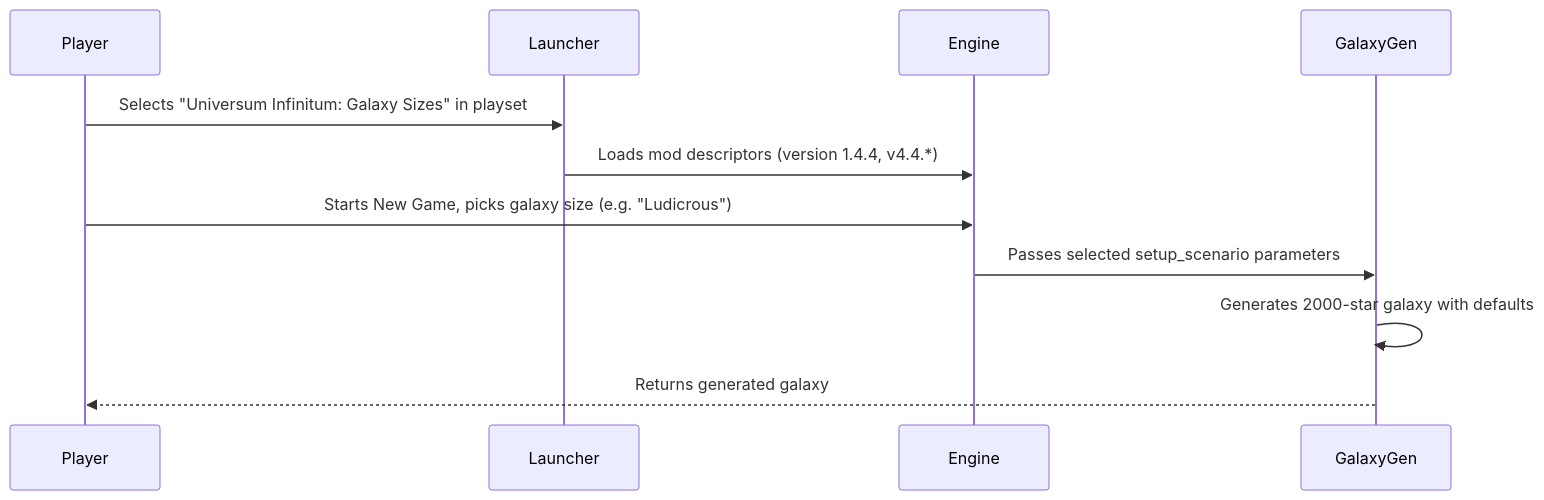
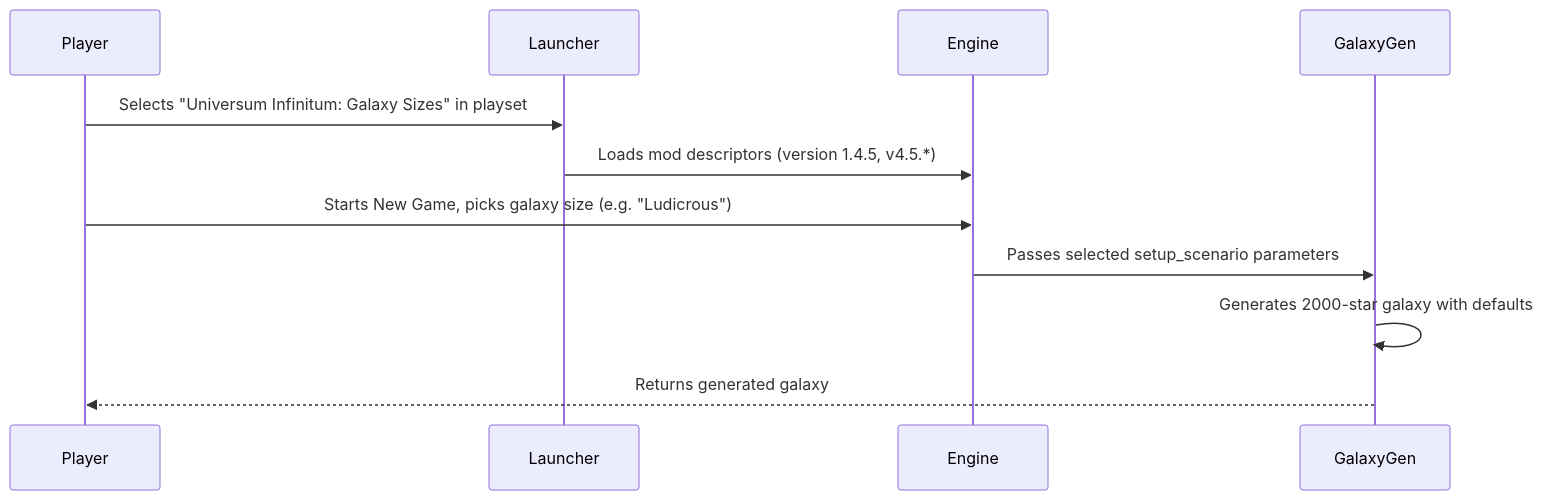
The third of 6 diagrams in ARCHITECTURE.md (hmlendea/stellaris-ui-galaxy-sizes), drawn with Mermaid before and after one commit. The commit also changed other lines of this file and 1 other file, not shown here.

````diff
--- a/ARCHITECTURE.md
+++ b/ARCHITECTURE.md
@@ -61,13 +61,13 @@
 ```mermaid
 sequenceDiagram
     participant Player
     participant Launcher
     participant Engine
     participant GalaxyGen
     Player->>Launcher: Selects "Universum Infinitum: Galaxy Sizes" in playset
-    Launcher->>Engine: Loads mod descriptors (version 1.4.4, v4.4.*)
+    Launcher->>Engine: Loads mod descriptors (version 1.4.5, v4.5.*)
     Player->>Engine: Starts New Game, picks galaxy size (e.g. "Ludicrous")
     Engine->>GalaxyGen: Passes selected setup_scenario parameters
     GalaxyGen->>GalaxyGen: Generates 2000-star galaxy with defaults
     GalaxyGen-->>Player: Returns generated galaxy
 ```
````
